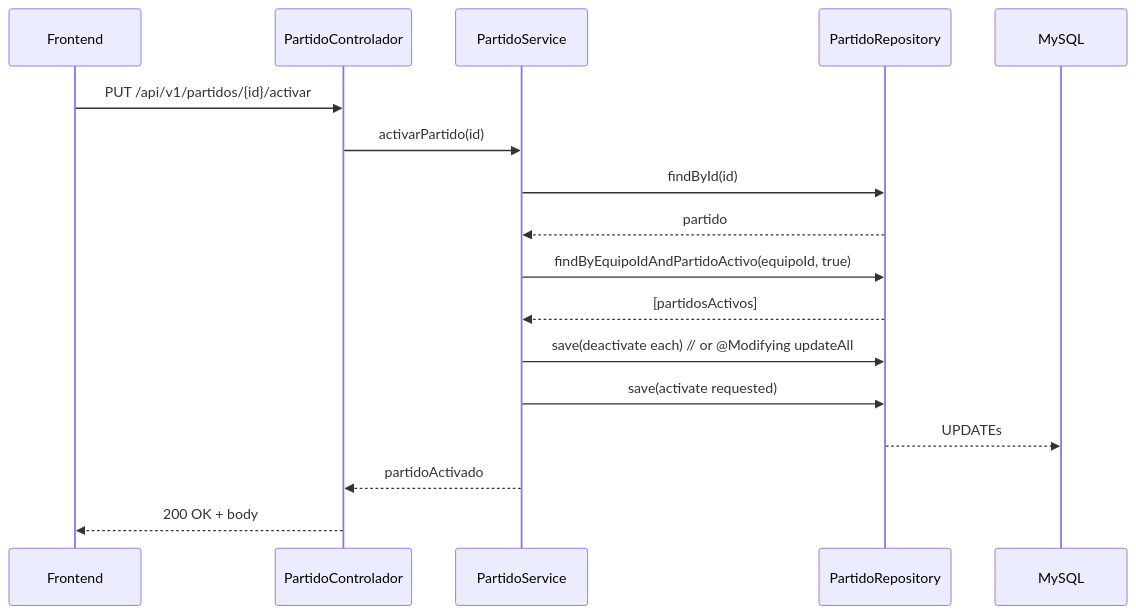
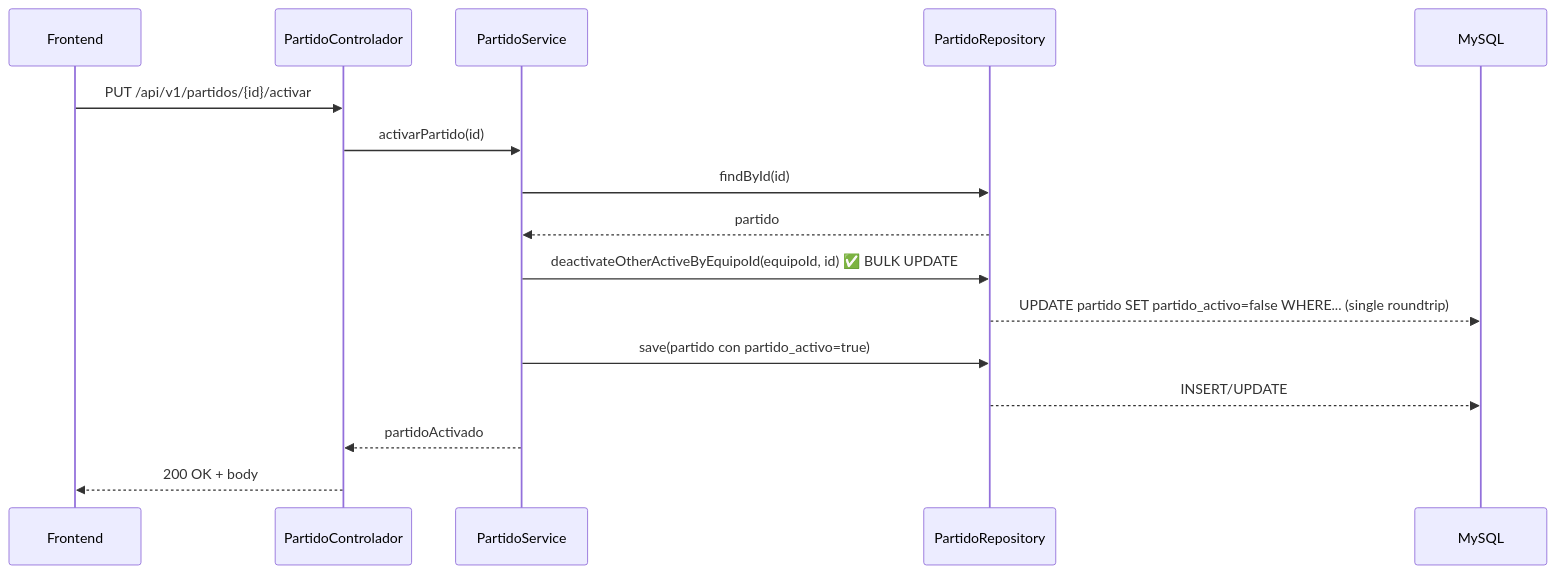
Before and after one commit to OscarMartP/gestion-jugadores-futbolBase: the first of 2 diagrams in docs/ARCHITECTURE.md, drawn with Mermaid. The commit also changed other lines of this file and 14 other files, not shown here.

````diff
--- a/docs/ARCHITECTURE.md
+++ b/docs/ARCHITECTURE.md
@@ -52,20 +67,19 @@
 ```mermaid
 sequenceDiagram
   participant UI as Frontend
   participant API as PartidoControlador
   participant Service as PartidoService
   participant Repo as PartidoRepository
   participant DB as MySQL
 
   UI->>API: PUT /api/v1/partidos/{id}/activar
   API->>Service: activarPartido(id)
   Service->>Repo: findById(id)
   Repo-->>Service: partido
-  Service->>Repo: findByEquipoIdAndPartidoActivo(equipoId, true)
-  Repo-->>Service: [partidosActivos]
-  Service->>Repo: save(deactivate each)  // or @Modifying updateAll
-  Service->>Repo: save(activate requested)
-  Repo-->>DB: UPDATEs
+  Service->>Repo: deactivateOtherActiveByEquipoId(equipoId, id) ✅ BULK UPDATE
+  Repo-->>DB: UPDATE partido SET partido_activo=false WHERE... (single roundtrip)
+  Service->>Repo: save(partido con partido_activo=true)
+  Repo-->>DB: INSERT/UPDATE
   Service-->>API: partidoActivado
   API-->>UI: 200 OK + body
 ```
````
